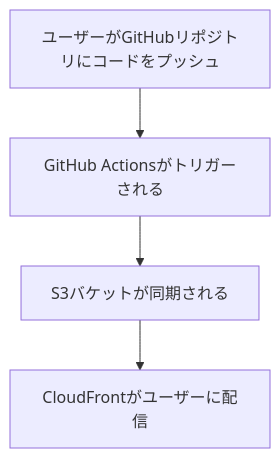
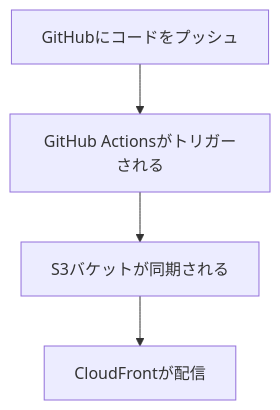
One commit to x24ken/obsidian changed the diagram in 01 - Feeling Notes/CloudFront配信手順.md. Above: the diagram before and after it, drawn with Mermaid. The commit also changed other lines of this file and 3 other files, not shown here.

````diff
--- a/01 - Feeling Notes/CloudFront配信手順.md
+++ b/01 - Feeling Notes/CloudFront配信手順.md
@@ -1,6 +3,6 @@
 ```mermaid
 graph TD
-    A[ユーザーがGitHubリポジトリにコードをプッシュ] --> B[GitHub Actionsがトリガーされる]
+    A[GitHubにコードをプッシュ] --> B[GitHub Actionsがトリガーされる]
     B --> C[S3バケットが同期される]
-    C --> D[CloudFrontがユーザーに配信]
+    C --> D[CloudFrontが配信]
 ```
````
